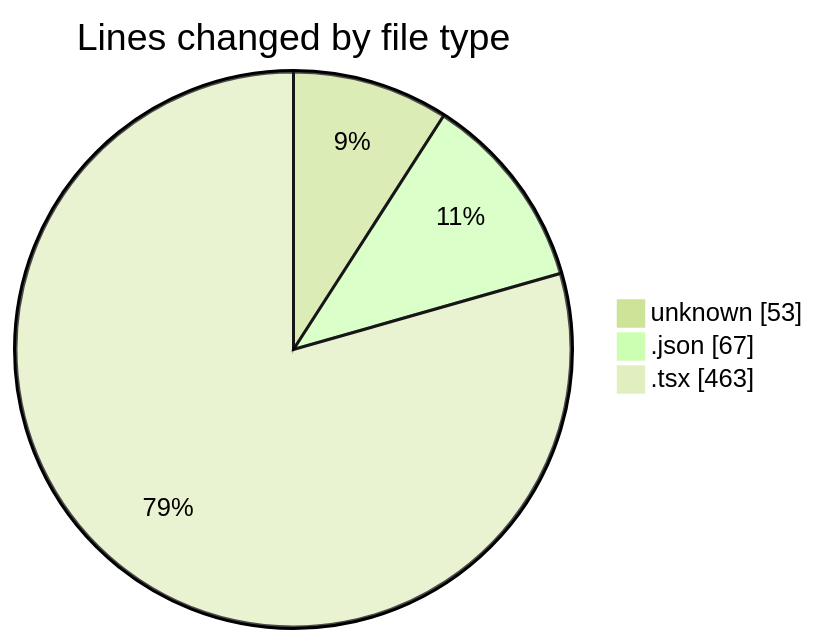
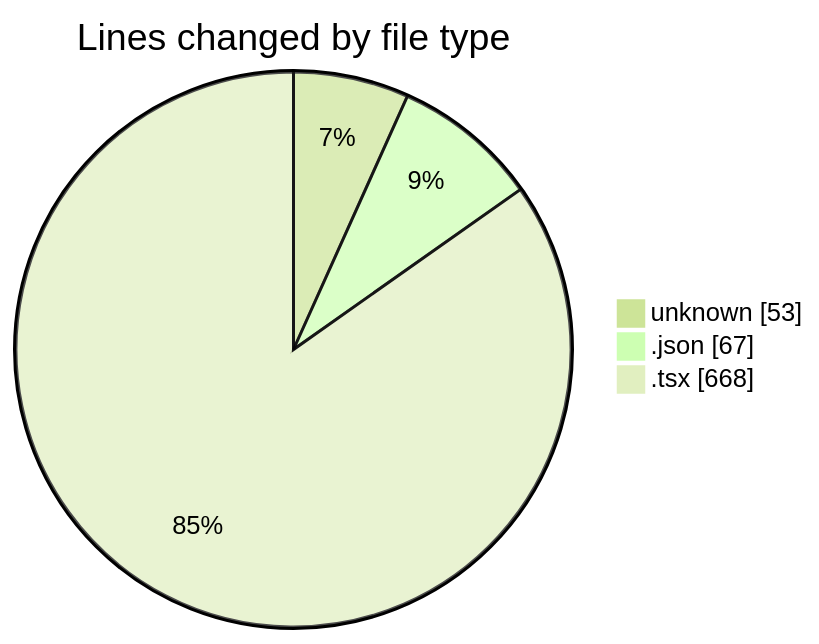
Before and after one commit to momahboobian/code-tracking: the first of 2 diagrams in 2026-01-19/cda/README.md, drawn with Mermaid (forest theme). The commit also changed other lines of this file and 1 other file, not shown here.

````diff
--- a/2026-01-19/cda/README.md
+++ b/2026-01-19/cda/README.md
@@ -22,7 +23,7 @@
 ```mermaid
 pie showData
 title Lines changed by file type
 "unknown" : 53
 ".json" : 67
-".tsx" : 463
+".tsx" : 668
 ```
````
